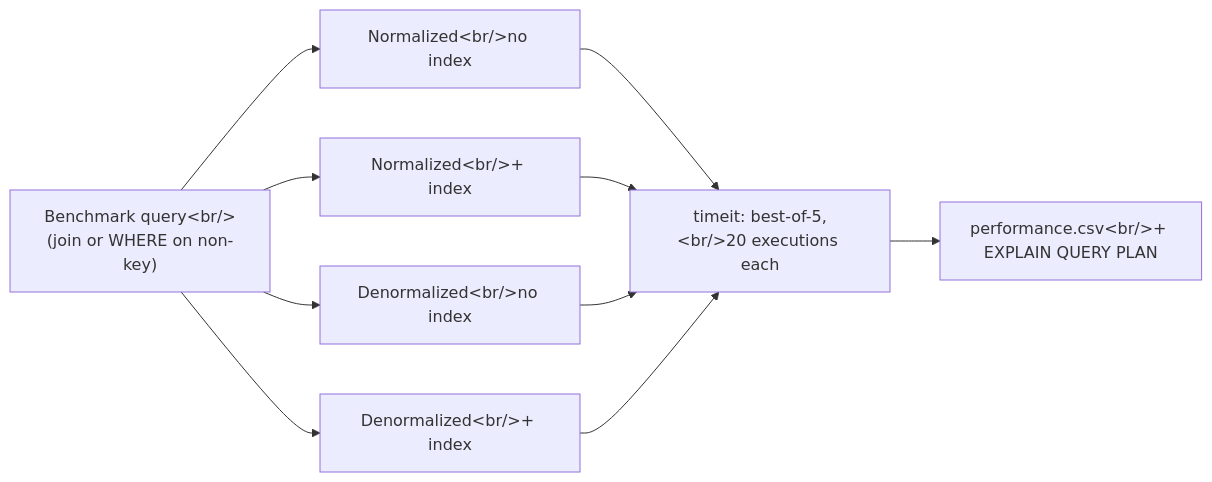
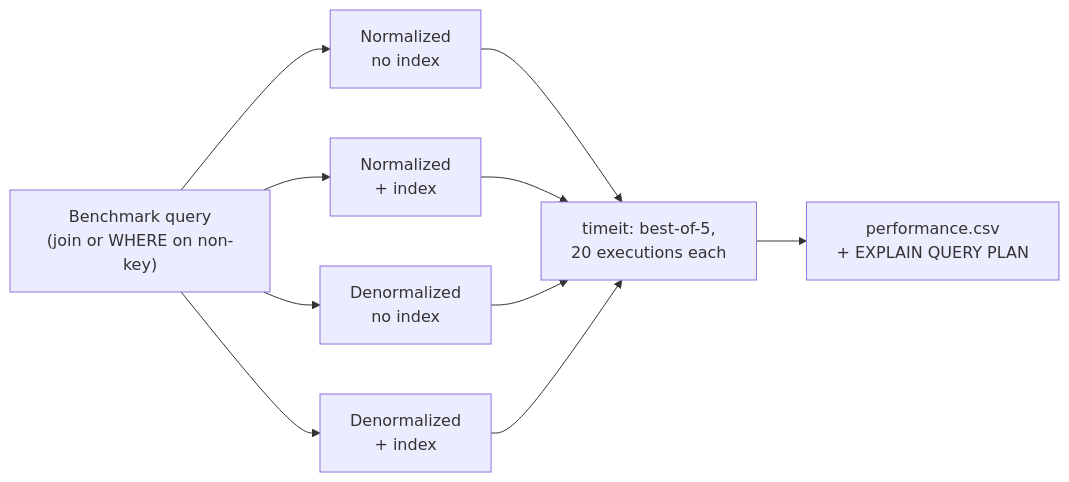
Before and after one commit to jd702/cosc431-ai-query-check: the fourth of 4 diagrams in docs/diagrams.md, drawn with Mermaid. The commit also changed other lines of this file, not shown here.

Commit message:
Use literal <br/> in Mermaid labels so line breaks render

````diff
--- a/docs/diagrams.md
+++ b/docs/diagrams.md
@@ -172,12 +172,12 @@
 ```mermaid
 flowchart LR
-    Q["Benchmark query&lt;br/&gt;(join or WHERE on non-key)"] --> A["Normalized&lt;br/&gt;no index"]
-    Q --> B["Normalized&lt;br/&gt;+ index"]
-    Q --> C["Denormalized&lt;br/&gt;no index"]
-    Q --> D["Denormalized&lt;br/&gt;+ index"]
-    A --> T["timeit: best-of-5,&lt;br/&gt;20 executions each"]
+    Q["Benchmark query<br/>(join or WHERE on non-key)"] --> A["Normalized<br/>no index"]
+    Q --> B["Normalized<br/>+ index"]
+    Q --> C["Denormalized<br/>no index"]
+    Q --> D["Denormalized<br/>+ index"]
+    A --> T["timeit: best-of-5,<br/>20 executions each"]
     B --> T
     C --> T
     D --> T
-    T --> P["performance.csv&lt;br/&gt;+ EXPLAIN QUERY PLAN"]
+    T --> P["performance.csv<br/>+ EXPLAIN QUERY PLAN"]
 ```
````
